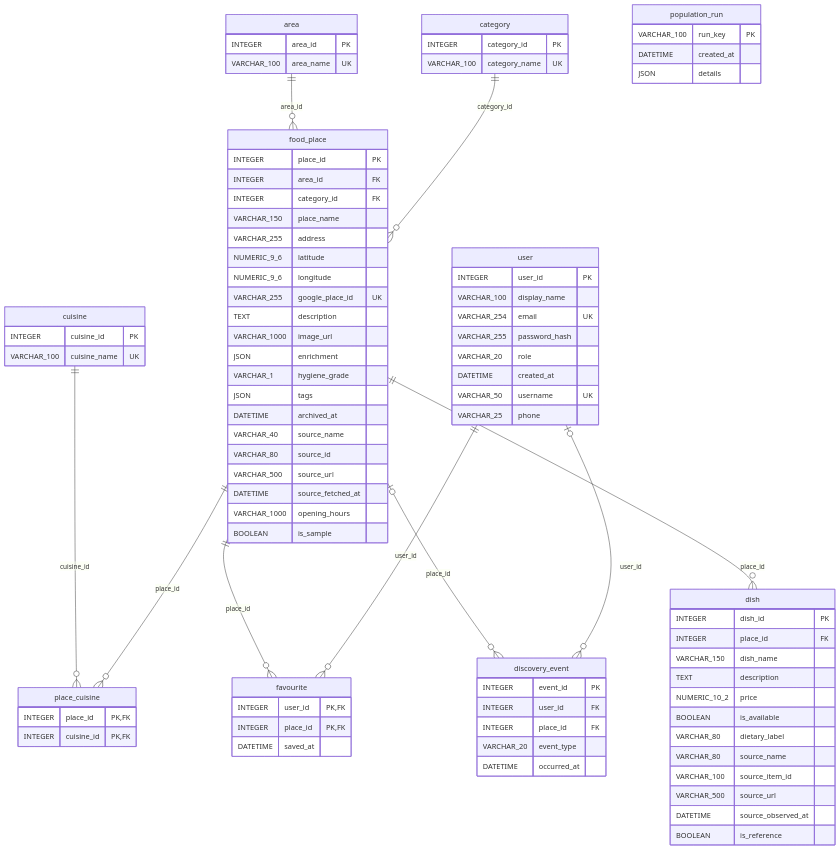
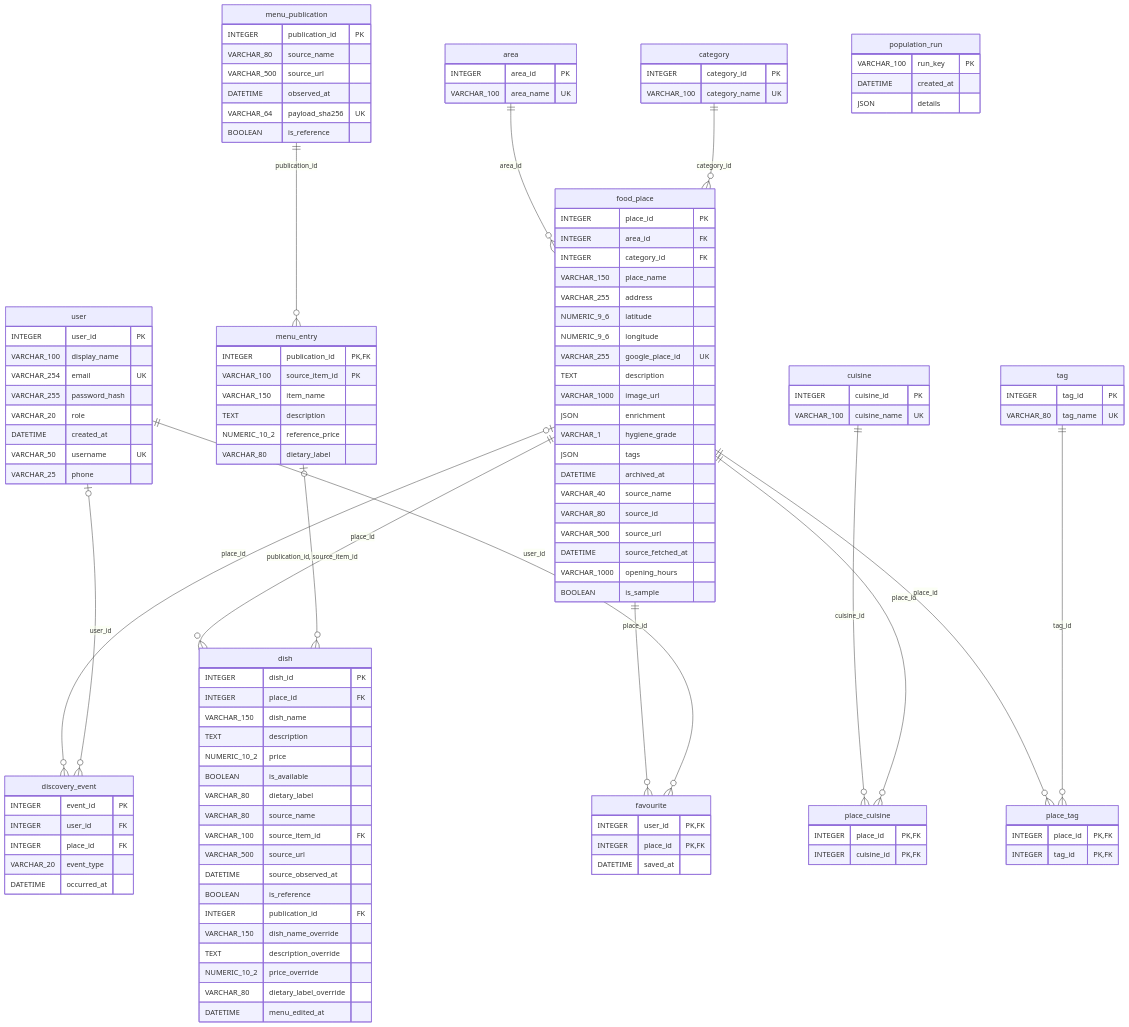
One commit to Pskm12E/Makan_where changed the first of 3 diagrams in docs/relational_design.md. Above: the diagram before and after it, drawn with Mermaid. The commit also changed other lines of this file and 79 other files, not shown here.

````diff
--- a/docs/relational_design.md
+++ b/docs/relational_design.md
@@ -24,10 +26,22 @@
         INTEGER cuisine_id PK
         VARCHAR_100 cuisine_name UK
     }
+    menu_publication {
+        INTEGER publication_id PK
+        VARCHAR_80 source_name
+        VARCHAR_500 source_url
+        DATETIME observed_at
+        VARCHAR_64 payload_sha256 UK
+        BOOLEAN is_reference
+    }
     population_run {
         VARCHAR_100 run_key PK
         DATETIME created_at
         JSON details
+    }
+    tag {
+        INTEGER tag_id PK
+        VARCHAR_80 tag_name UK
     }
     user {
         INTEGER user_id PK
@@ -61,6 +75,14 @@
         VARCHAR_1000 opening_hours
         BOOLEAN is_sample
     }
+    menu_entry {
+        INTEGER publication_id PK, FK
+        VARCHAR_100 source_item_id PK
+        VARCHAR_150 item_name
+        TEXT description
+        NUMERIC_10_2 reference_price
+        VARCHAR_80 dietary_label
+    }
     discovery_event {
         INTEGER event_id PK
         INTEGER user_id FK
@@ -77,10 +99,16 @@
         BOOLEAN is_available
         VARCHAR_80 dietary_label
         VARCHAR_80 source_name
-        VARCHAR_100 source_item_id
+        VARCHAR_100 source_item_id FK
         VARCHAR_500 source_url
         DATETIME source_observed_at
         BOOLEAN is_reference
+        INTEGER publication_id FK
+        VARCHAR_150 dish_name_override
+        TEXT description_override
+        NUMERIC_10_2 price_override
+        VARCHAR_80 dietary_label_override
+        DATETIME menu_edited_at
     }
     favourite {
         INTEGER user_id PK, FK
@@ -91,13 +119,21 @@
         INTEGER place_id PK, FK
         INTEGER cuisine_id PK, FK
     }
+    place_tag {
+        INTEGER place_id PK, FK
+        INTEGER tag_id PK, FK
+    }
     area ||--o{ food_place : "area_id"
     category ||--o{ food_place : "category_id"
+    menu_publication ||--o{ menu_entry : "publication_id"
     food_place |o--o{ discovery_event : "place_id"
     user |o--o{ discovery_event : "user_id"
     food_place ||--o{ dish : "place_id"
+    menu_entry |o--o{ dish : "publication_id, source_item_id"
     food_place ||--o{ favourite : "place_id"
     user ||--o{ favourite : "user_id"
     cuisine ||--o{ place_cuisine : "cuisine_id"
     food_place ||--o{ place_cuisine : "place_id"
+    food_place ||--o{ place_tag : "place_id"
+    tag ||--o{ place_tag : "tag_id"
 ```
````
